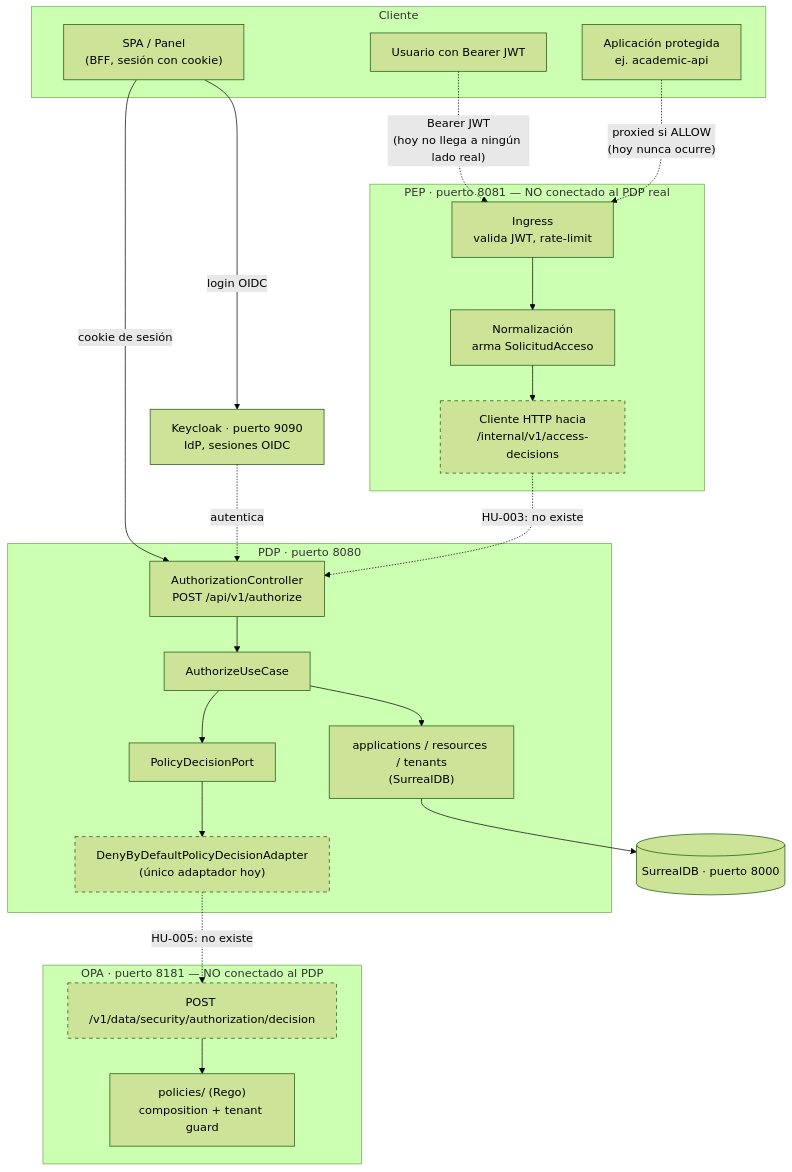
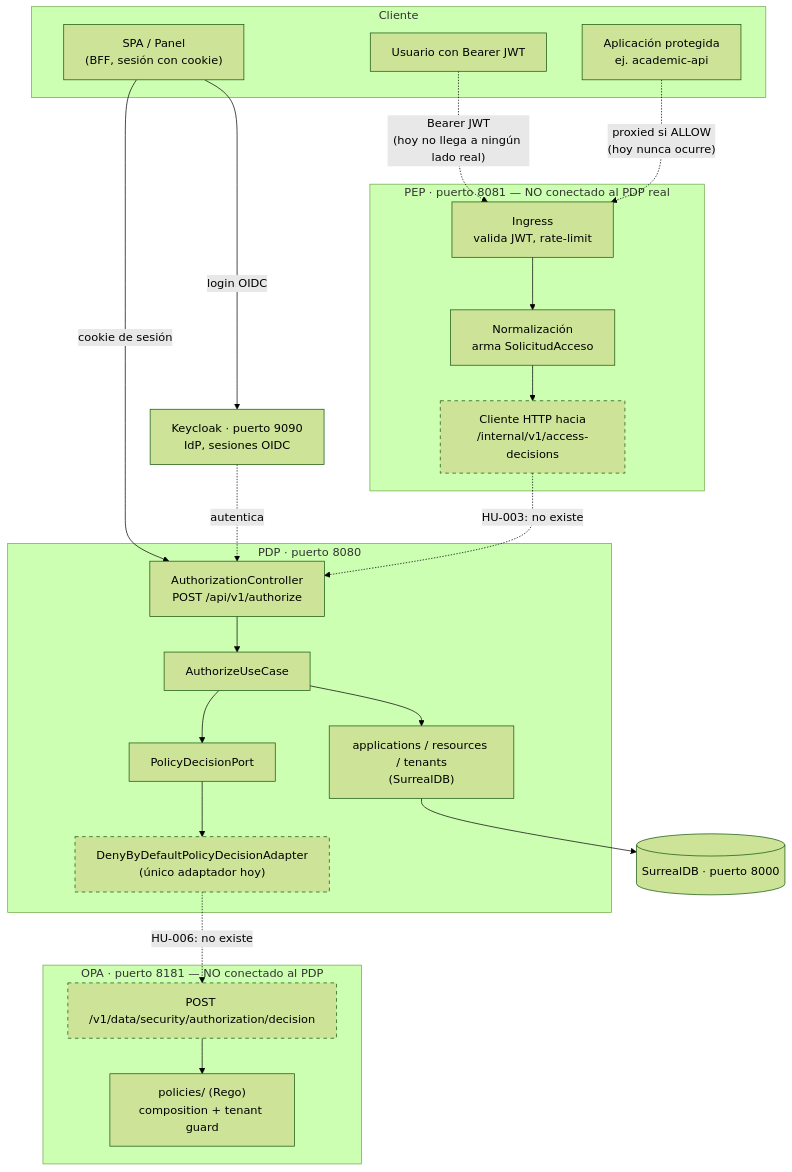
Before and after one commit to Seguridad-UCO/securityBaseline: the first of 3 diagrams in docs/PLATAFORMA.md, drawn with Mermaid (forest theme). The commit also changed other lines of this file and 107 other files, not shown here.

````diff
--- a/docs/PLATAFORMA.md
+++ b/docs/PLATAFORMA.md
@@ -33,49 +33,49 @@
 ```mermaid
 flowchart TB
     subgraph Cliente
         SPA["SPA / Panel<br/>(BFF, sesión con cookie)"]
         APP["Aplicación protegida<br/>ej. academic-api"]
         USER["Usuario con Bearer JWT"]
     end
 
     subgraph PDP_BOX["PDP · puerto 8080"]
         AUTH["AuthorizationController<br/>POST /api/v1/authorize"]
         USECASE["AuthorizeUseCase"]
         PORT["PolicyDecisionPort"]
         DENY["DenyByDefaultPolicyDecisionAdapter<br/>(único adaptador hoy)"]
         CATALOGO["applications / resources / tenants<br/>(SurrealDB)"]
     end
 
     subgraph PEP_BOX["PEP · puerto 8081 — NO conectado al PDP real"]
         ING["Ingress<br/>valida JWT, rate-limit"]
         NORM["Normalización<br/>arma SolicitudAcceso"]
         CLIENT["Cliente HTTP hacia<br/>/internal/v1/access-decisions"]
     end
 
     subgraph OPA_BOX["OPA · puerto 8181 — NO conectado al PDP"]
         ENTRY["POST /v1/data/security/authorization/decision"]
         POLICIES["policies/ (Rego)<br/>composition + tenant guard"]
     end
 
     KC["Keycloak · puerto 9090<br/>IdP, sesiones OIDC"]
     DB[("SurrealDB · puerto 8000")]
 
     SPA -- "login OIDC" --> KC
     SPA -- "cookie de sesión" --> AUTH
     AUTH --> USECASE --> PORT --> DENY
     USECASE --> CATALOGO
     CATALOGO --> DB
     KC -.autentica.-> AUTH
 
     USER -.->|"Bearer JWT<br/>(hoy no llega a ningún lado real)"| ING
     APP -.->|"proxied si ALLOW<br/>(hoy nunca ocurre)"| ING
     ING --> NORM --> CLIENT
     CLIENT -.->|"HU-003: no existe"| AUTH
 
-    DENY -.->|"HU-005: no existe"| ENTRY
+    DENY -.->|"HU-006: no existe"| ENTRY
     ENTRY --> POLICIES
 
     style CLIENT stroke-dasharray: 5 5
     style DENY stroke-dasharray: 5 5
     style ENTRY stroke-dasharray: 5 5
 ```
````
